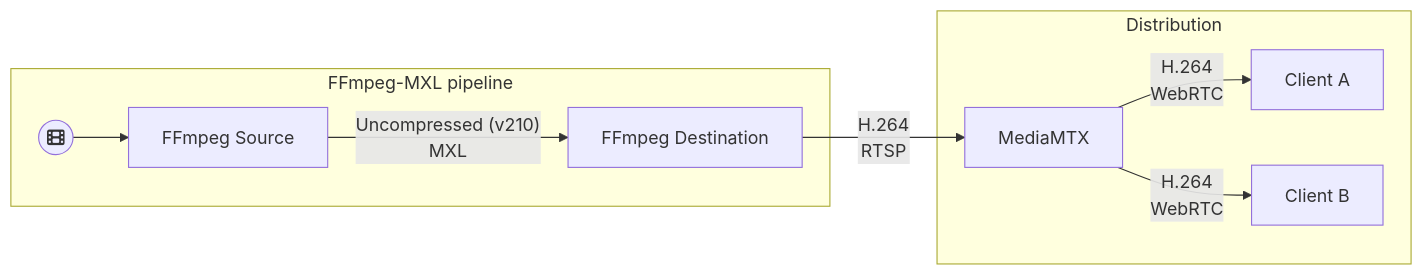
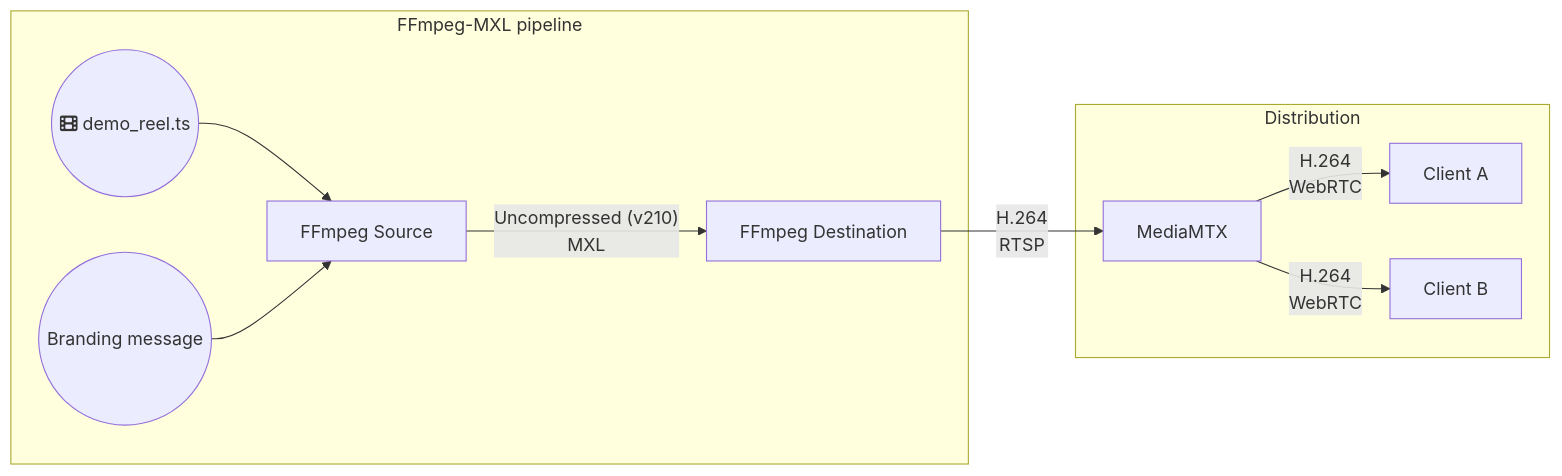
The diagram in demos/README.md (cbcrc/guidance-for-building-ffmpeg-with-mxl), drawn with Mermaid before and after one commit. The commit also changed other lines of this file, not shown here.

Commit message:
demos: update graph

````diff
--- a/demos/README.md
+++ b/demos/README.md
@@ -3,12 +3,13 @@
 ```mermaid
 graph LR
     subgraph "FFmpeg-MXL pipeline"
-    A0((fa:fa-film)) --> A[FFmpeg Source] -- "Uncompressed (v210)<br/> MXL" --> B[FFmpeg Destination]
+    A0((fa:fa-film demo_reel.ts)) --> A[FFmpeg Source] -- "Uncompressed (v210)<br/> MXL" --> B[FFmpeg Destination]
+    A1((Branding message)) --> A
     end
 
     subgraph "Distribution"
     B -- "H.264<br/> RTSP" --> C[MediaMTX]
     C -- "H.264<br/> WebRTC" --> D[Client A]
     C -- "H.264<br/> WebRTC" --> E[Client B]
     end
 ```
````
